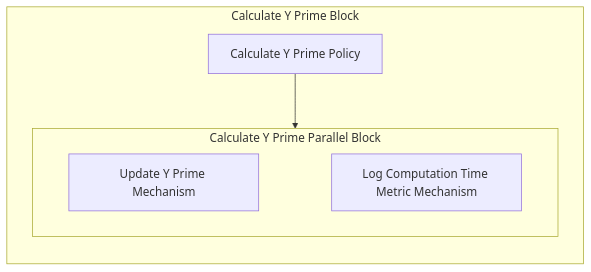
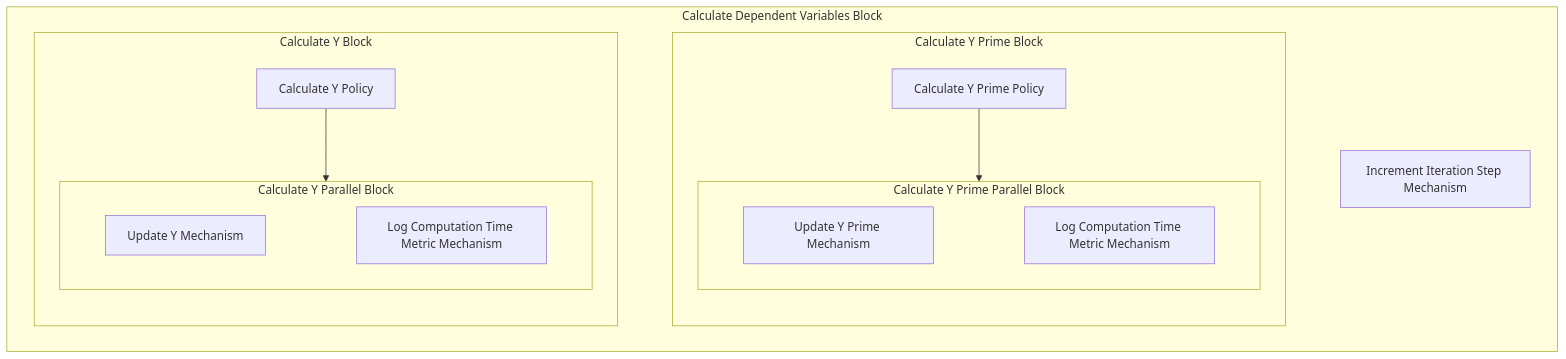
Before and after one commit to SeanMcOwen/Root-Finding-Simulation: the diagram in MSML/dev/Temp Diagram.md, drawn with Mermaid. The commit also changed 5 other files, not shown here.

Commit message:
Calculate Dependent Variables Block

````diff
--- a/MSML/dev/Temp Diagram.md
+++ b/MSML/dev/Temp Diagram.md
@@ -1,14 +1,31 @@
 ```mermaid
 graph TB
-subgraph X5[Calculate Y Prime Block]
+subgraph X12[Calculate Dependent Variables Block]
+direction LR
+subgraph X5[Calculate Y Block]
 direction TB
-X1[Calculate Y Prime Policy]
-subgraph X4[Calculate Y Prime Parallel Block]
+X1[Calculate Y Policy]
+subgraph X4[Calculate Y Parallel Block]
 direction LR
-X2[Update Y Prime Mechanism]
+X2[Update Y Mechanism]
 X3[Log Computation Time Metric Mechanism]
 X2 ~~~ X3
 end
 X1-->X4
 end
+subgraph X10[Calculate Y Prime Block]
+direction TB
+X6[Calculate Y Prime Policy]
+subgraph X9[Calculate Y Prime Parallel Block]
+direction LR
+X7[Update Y Prime Mechanism]
+X8[Log Computation Time Metric Mechanism]
+X7 ~~~ X8
+end
+X6-->X9
+end
+X11[Increment Iteration Step Mechanism]
+X5 ~~~ X10
+X10 ~~~ X11
+end
 ```
````
